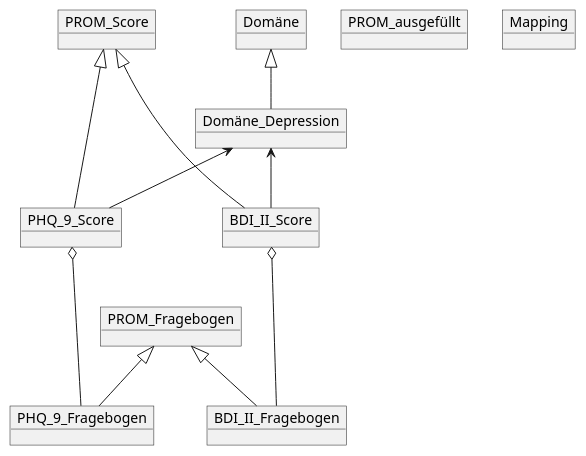
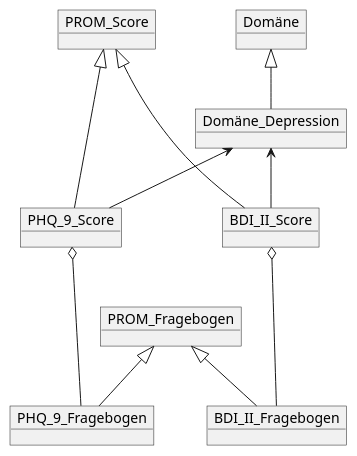
The diagram in input/Images/Logical_Model_UML.pu (medizininformatik-initiative/kerndatensatzmodul-proms), drawn with PlantUML before and after one commit. The commit also changed 2 other files, not shown here.

```diff
--- a/input/Images/Logical_Model_UML.pu
+++ b/input/Images/Logical_Model_UML.pu
@@ -1,23 +1,20 @@
 @startuml MII_Onko_05_Diagnosis
 object Domäne
 object Domäne_Depression
 Domäne <|-down- Domäne_Depression
 object PROM_Fragebogen 
 object PROM_Score
 object BDI_II_Fragebogen
 object BDI_II_Score
 object PHQ_9_Fragebogen
 object PHQ_9_Score
 PROM_Fragebogen <|-down- BDI_II_Fragebogen
 PROM_Fragebogen <|-down- PHQ_9_Fragebogen
 PROM_Score <|--- BDI_II_Score
 PROM_Score <|--- PHQ_9_Score
 BDI_II_Score o--- BDI_II_Fragebogen
 PHQ_9_Score o--- PHQ_9_Fragebogen
 Domäne_Depression <-- BDI_II_Score 
 Domäne_Depression <-- PHQ_9_Score 
 
-object PROM_ausgefüllt
-object Mapping
-
 @enduml
```
